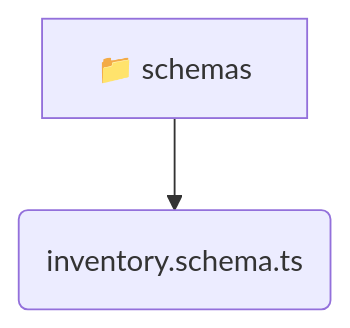
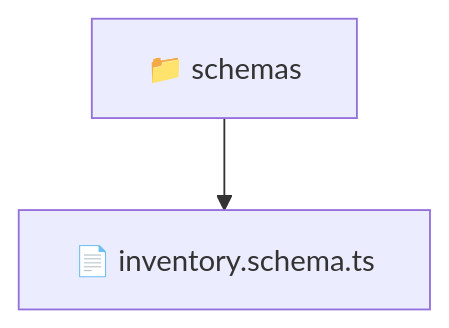
The diagram in backend/src/modules/inventory/infrastructure/schemas/README.md (beginwebdev2002/fullstack-mavluda), drawn with Mermaid before and after one commit. The commit also changed other lines of this file and 163 other files, not shown here.

````diff
--- a/backend/src/modules/inventory/infrastructure/schemas/README.md
+++ b/backend/src/modules/inventory/infrastructure/schemas/README.md
@@ -9,5 +10,5 @@
 ```mermaid
 graph TD
-  schemas[📁 schemas]
-  schemas --> schemas_inventory_schema_ts(inventory.schema.ts)
+  Root["📁 schemas"]
+  Root --> inventoryschemats["📄 inventory.schema.ts"]
 ```
````
